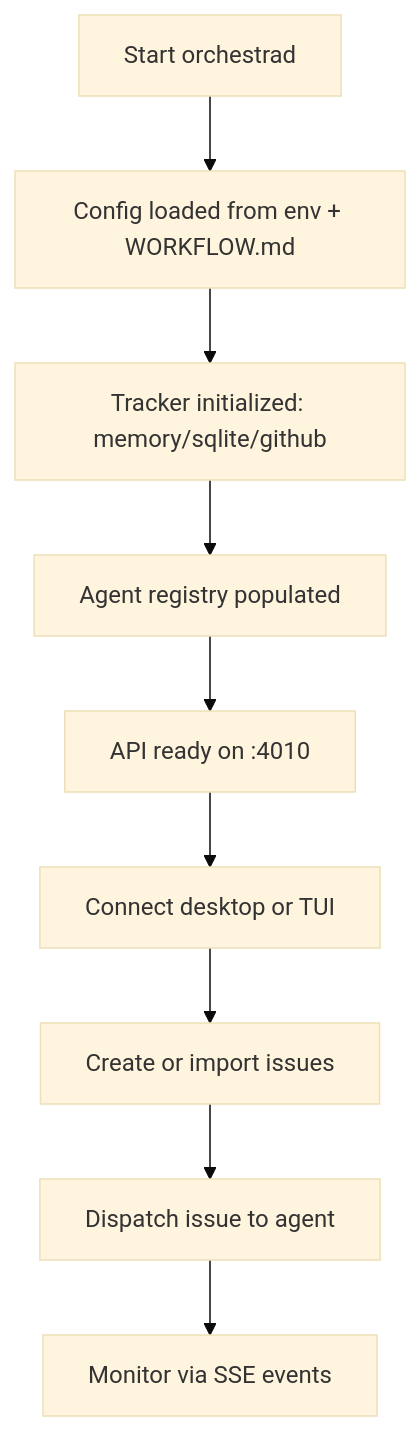
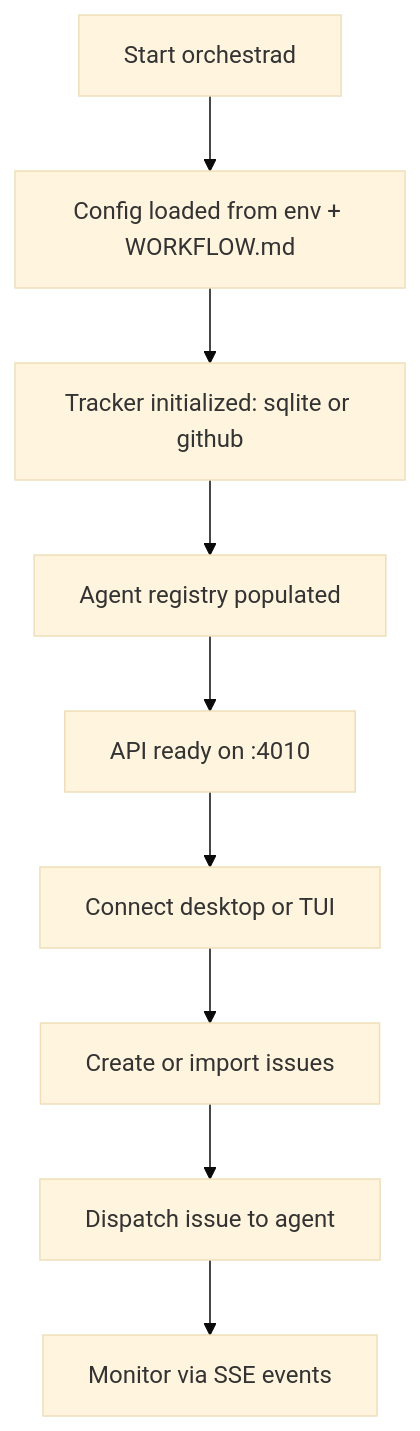
One commit to bradAGI/Orchestra changed the second of 2 diagrams in docs/guides/getting-started.md. Above: the diagram before and after it, drawn with Mermaid (base theme). The commit also changed other lines of this file and 18 other files, not shown here.

````diff
--- a/docs/guides/getting-started.md
+++ b/docs/guides/getting-started.md
@@ -115,11 +115,11 @@
 ```mermaid
 flowchart TD
     START[Start orchestrad] --> CONFIG[Config loaded from env + WORKFLOW.md]
-    CONFIG --> TRACKER[Tracker initialized: memory/sqlite/github]
+    CONFIG --> TRACKER[Tracker initialized: sqlite or github]
     TRACKER --> AGENTS[Agent registry populated]
     AGENTS --> READY["API ready on :4010"]
     READY --> DESKTOP[Connect desktop or TUI]
     DESKTOP --> CREATE[Create or import issues]
     CREATE --> DISPATCH[Dispatch issue to agent]
     DISPATCH --> MONITOR[Monitor via SSE events]
 ```
````
